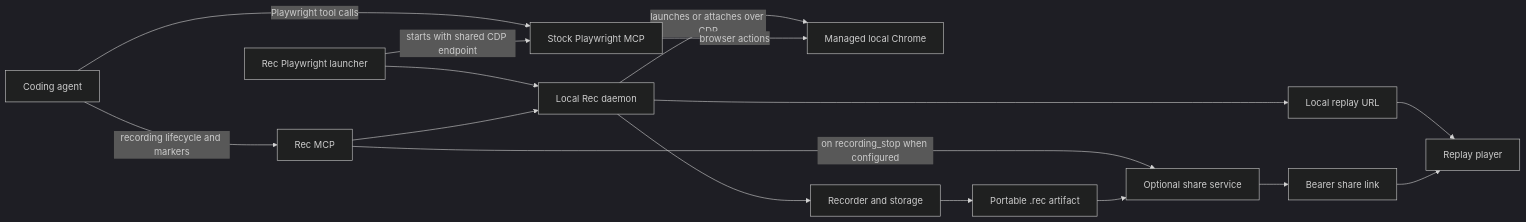
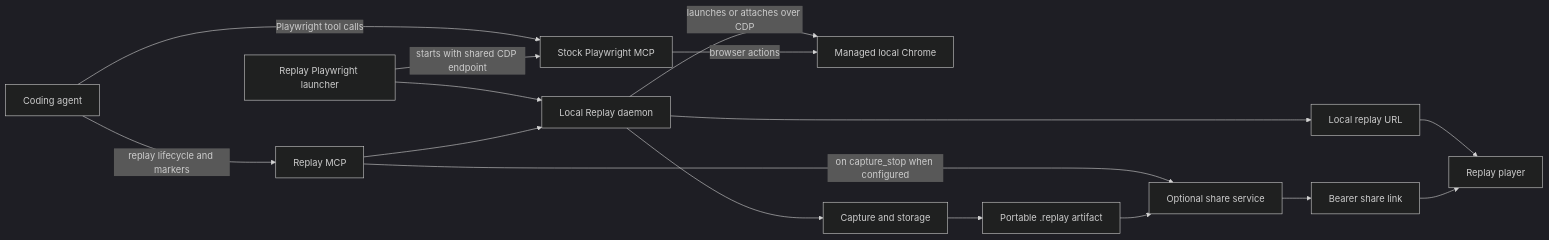
Before and after one commit to that-one-arab/replay: the first of 5 diagrams in ARCHITECTURE.md, drawn with Mermaid (dark theme). The commit also changed other lines of this file and 103 other files, not shown here.

First line of the commit message:
Rebrand the app from Rec to Replay

````diff
--- a/ARCHITECTURE.md
+++ b/ARCHITECTURE.md
@@ -19,31 +19,31 @@
 ```mermaid
 flowchart LR
   Agent[Coding agent]
   P[Stock Playwright MCP]
-  L[Rec Playwright launcher]
-  R[Rec MCP]
-  D[Local Rec daemon]
+  L[Replay Playwright launcher]
+  R[Replay MCP]
+  D[Local Replay daemon]
   C[Managed local Chrome]
-  Core[Recorder and storage]
+  Core[Capture and storage]
   Player[Replay player]
   Local[Local replay URL]
-  Artifact[Portable .rec artifact]
+  Artifact[Portable .replay artifact]
   Share[Optional share service]
   Link[Bearer share link]
 
   Agent -->|Playwright tool calls| P
-  Agent -->|recording lifecycle and markers| R
+  Agent -->|replay lifecycle and markers| R
   L -->|starts with shared CDP endpoint| P
   L --> D
   R --> D
   D -->|launches or attaches over CDP| C
   P -->|browser actions| C
   D --> Core
   Core --> Artifact
   D --> Local
   Local --> Player
-  R -->|on recording_stop when configured| Share
+  R -->|on capture_stop when configured| Share
   Artifact --> Share
   Share --> Link
   Link --> Player
 ```
````
